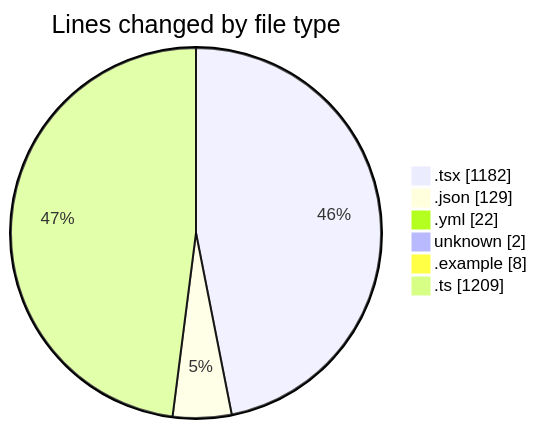
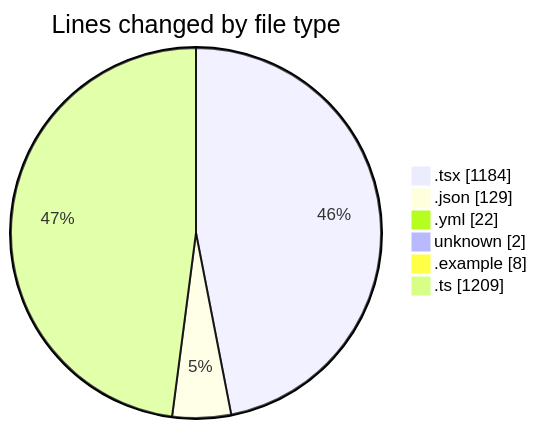
One commit to julien-gomy/code-tracking changed the first of 2 diagrams in 2025-11-21/eventscop-frontend-guide__workspace_/README.md. Above: the diagram before and after it, drawn with Mermaid. The commit also changed other lines of this file and 1 other file, not shown here.

````diff
--- a/2025-11-21/eventscop-frontend-guide__workspace_/README.md
+++ b/2025-11-21/eventscop-frontend-guide__workspace_/README.md
@@ -44,10 +44,10 @@
 ```mermaid
 pie showData
 title Lines changed by file type
-".tsx" : 1182
+".tsx" : 1184
 ".json" : 129
 ".yml" : 22
 "unknown" : 2
 ".example" : 8
 ".ts" : 1209
 ```
````
